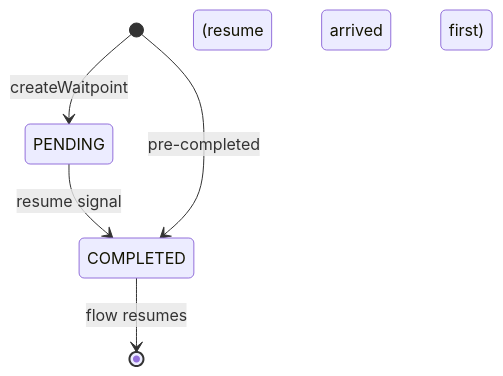
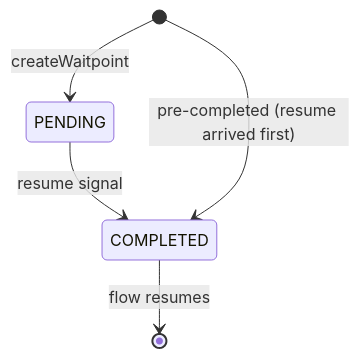
Before and after one commit to activepieces/activepieces: the first of 2 diagrams in docs/install/architecture/waitpoints.mdx, drawn with Mermaid.

Commit message:
docs: fix mermaid syntax on waitpoints state diagram

````diff
--- a/docs/install/architecture/waitpoints.mdx
+++ b/docs/install/architecture/waitpoints.mdx
@@ -8,8 +8,7 @@
 ```mermaid
 stateDiagram-v2
     [*] --> PENDING: createWaitpoint
     PENDING --> COMPLETED: resume signal
     COMPLETED --> [*]: flow resumes
-    [*] --> COMPLETED: pre-completed
-(resume arrived first)
+    [*] --> COMPLETED: pre-completed (resume arrived first)
 ```
````
